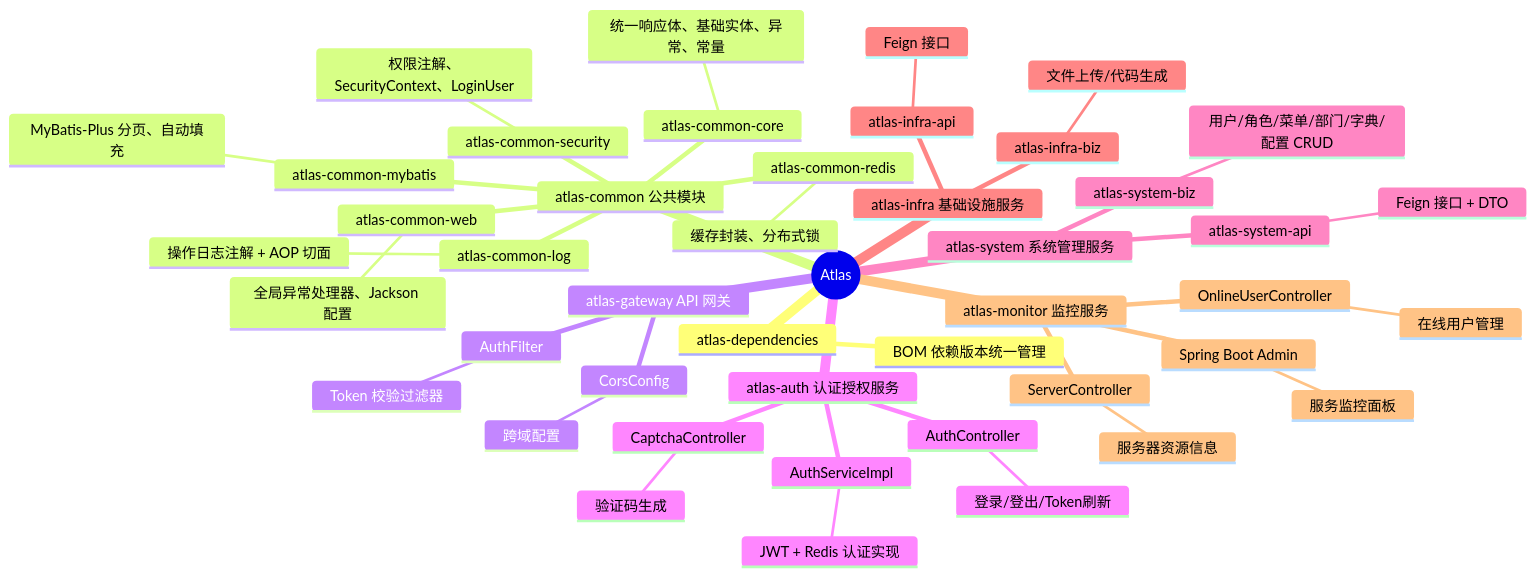
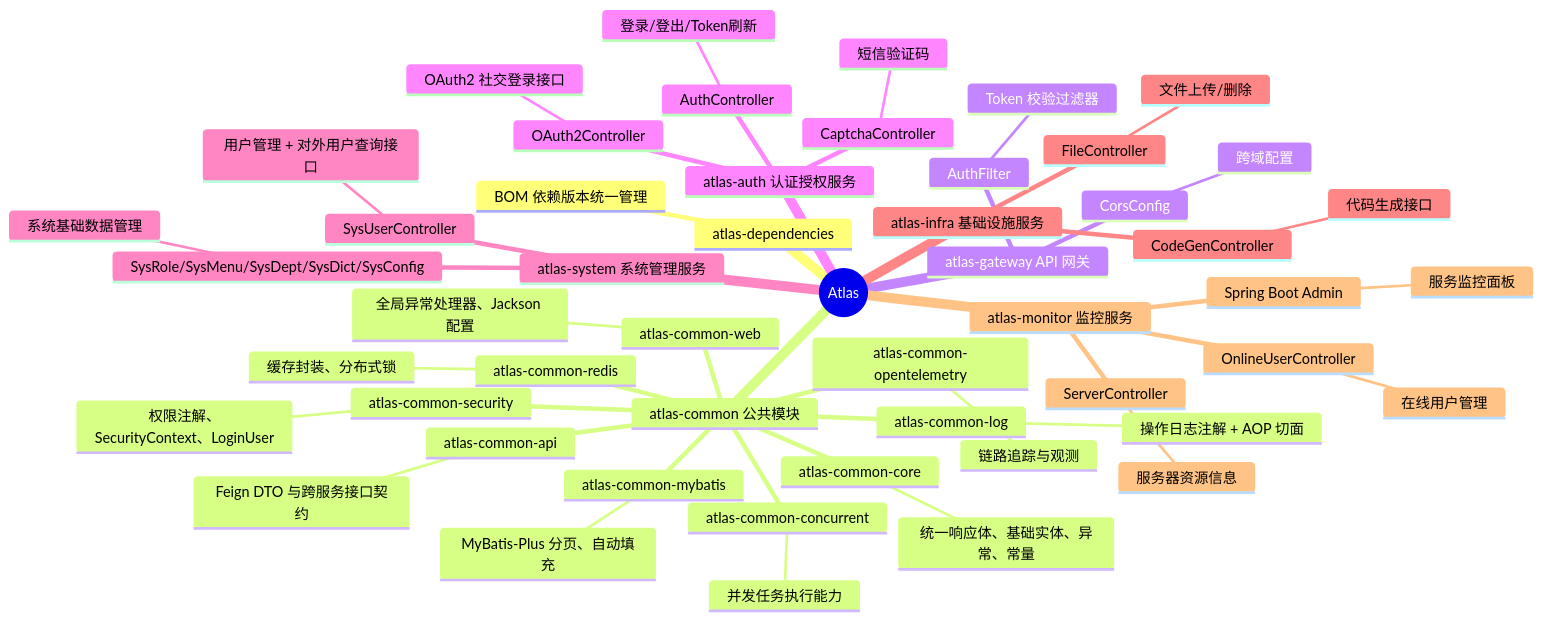
One commit to bubua12/atlas changed the first of 2 diagrams in README.md. Above: the diagram before and after it, drawn with Mermaid. The commit also changed other lines of this file, not shown here.

````diff
--- a/README.md
+++ b/README.md
@@ -54,48 +55,54 @@
 ```mermaid
 mindmap
   root((Atlas))
     atlas-dependencies
       BOM 依赖版本统一管理
     atlas-common 公共模块
       atlas-common-core
         统一响应体、基础实体、异常、常量
       atlas-common-web
         全局异常处理器、Jackson 配置
       atlas-common-redis
         缓存封装、分布式锁
       atlas-common-mybatis
         MyBatis-Plus 分页、自动填充
       atlas-common-security
         权限注解、SecurityContext、LoginUser
       atlas-common-log
         操作日志注解 + AOP 切面
+      atlas-common-api
+        Feign DTO 与跨服务接口契约
+      atlas-common-concurrent
+        并发任务执行能力
+      atlas-common-opentelemetry
+        链路追踪与观测
     atlas-gateway API 网关
       AuthFilter
         Token 校验过滤器
       CorsConfig
         跨域配置
     atlas-auth 认证授权服务
       AuthController
         登录/登出/Token刷新
       CaptchaController
-        验证码生成
-      AuthServiceImpl
-        JWT + Redis 认证实现
+        短信验证码
+      OAuth2Controller
+        OAuth2 社交登录接口
     atlas-system 系统管理服务
-      atlas-system-api
-        Feign 接口 + DTO
-      atlas-system-biz
-        用户/角色/菜单/部门/字典/配置 CRUD
+      SysUserController
+        用户管理 + 对外用户查询接口
+      SysRole/SysMenu/SysDept/SysDict/SysConfig
+        系统基础数据管理
     atlas-infra 基础设施服务
-      atlas-infra-api
-        Feign 接口
-      atlas-infra-biz
-        文件上传/代码生成
+      FileController
+        文件上传/删除
+      CodeGenController
+        代码生成接口
     atlas-monitor 监控服务
       Spring Boot Admin
         服务监控面板
       ServerController
         服务器资源信息
       OnlineUserController
         在线用户管理
 ```
````
